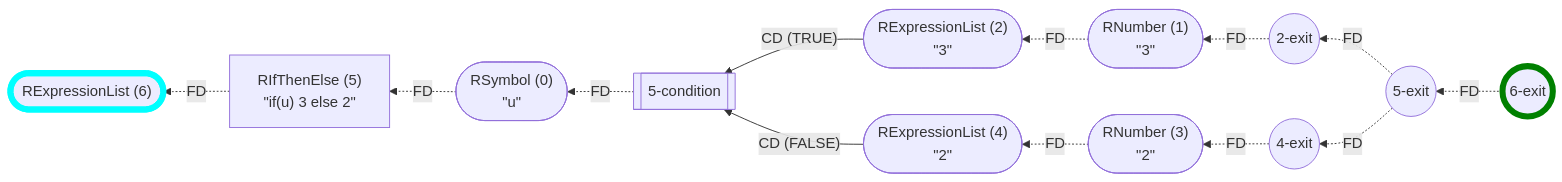
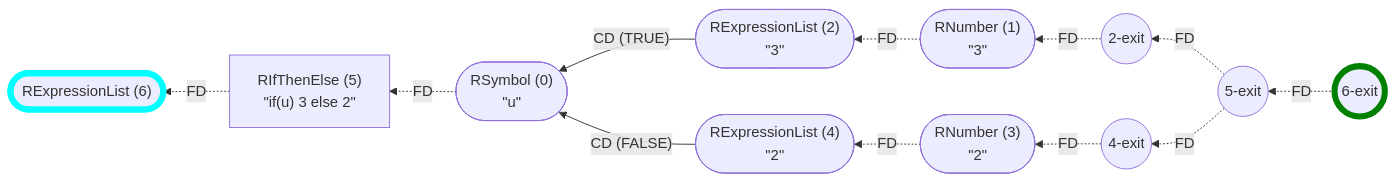
One commit to flowr-analysis/flowr changed the second of 23 diagrams in wiki/Control Flow Graph.md. Above: the diagram before and after it, drawn with Mermaid. The commit also changed other lines of this file and 2 other files, not shown here.

````diff
--- a/wiki/Control Flow Graph.md
+++ b/wiki/Control Flow Graph.md
@@ -106,34 +106,32 @@
 ```mermaid
 flowchart RL
     n6(["`RExpressionList (6)`"])
     n5["`RIfThenElse (5)
 #34;if(u) 3 else 2#34;`"]
-    n5-condition[[5-condition]]
     n5-exit((5-exit))
     n0(["`RSymbol (0)
 #34;u#34;`"])
     n2(["`RExpressionList (2)
 #34;3#34;`"])
     n1(["`RNumber (1)
 #34;3#34;`"])
     n2-exit((2-exit))
     n4(["`RExpressionList (4)
 #34;2#34;`"])
     n3(["`RNumber (3)
 #34;2#34;`"])
     n4-exit((4-exit))
     n6-exit((6-exit))
     n5 -.->|"FD"| n6
     n1 -.->|"FD"| n2
     n2-exit -.->|"FD"| n1
     n3 -.->|"FD"| n4
     n4-exit -.->|"FD"| n3
-    n5-condition -.->|"FD"| n0
-    n2 -->|"CD (TRUE)"| n5-condition
-    n4 -->|"CD (FALSE)"| n5-condition
+    n2 -->|"CD (TRUE)"| n0
+    n4 -->|"CD (FALSE)"| n0
     n0 -.->|"FD"| n5
     n5-exit -.->|"FD"| n2-exit
     n5-exit -.->|"FD"| n4-exit
     n6-exit -.->|"FD"| n5-exit
     style n6 stroke:cyan,stroke-width:6.5px;    style n6-exit stroke:green,stroke-width:6.5px;
 ```
````
